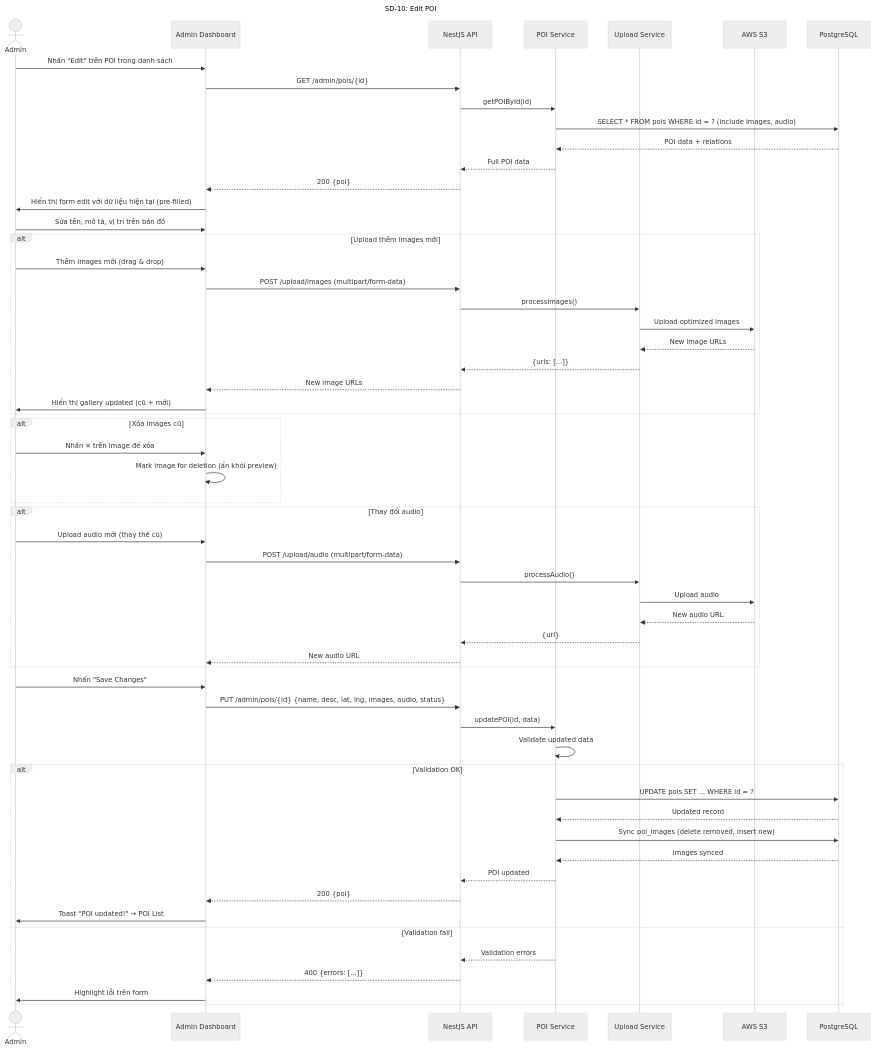
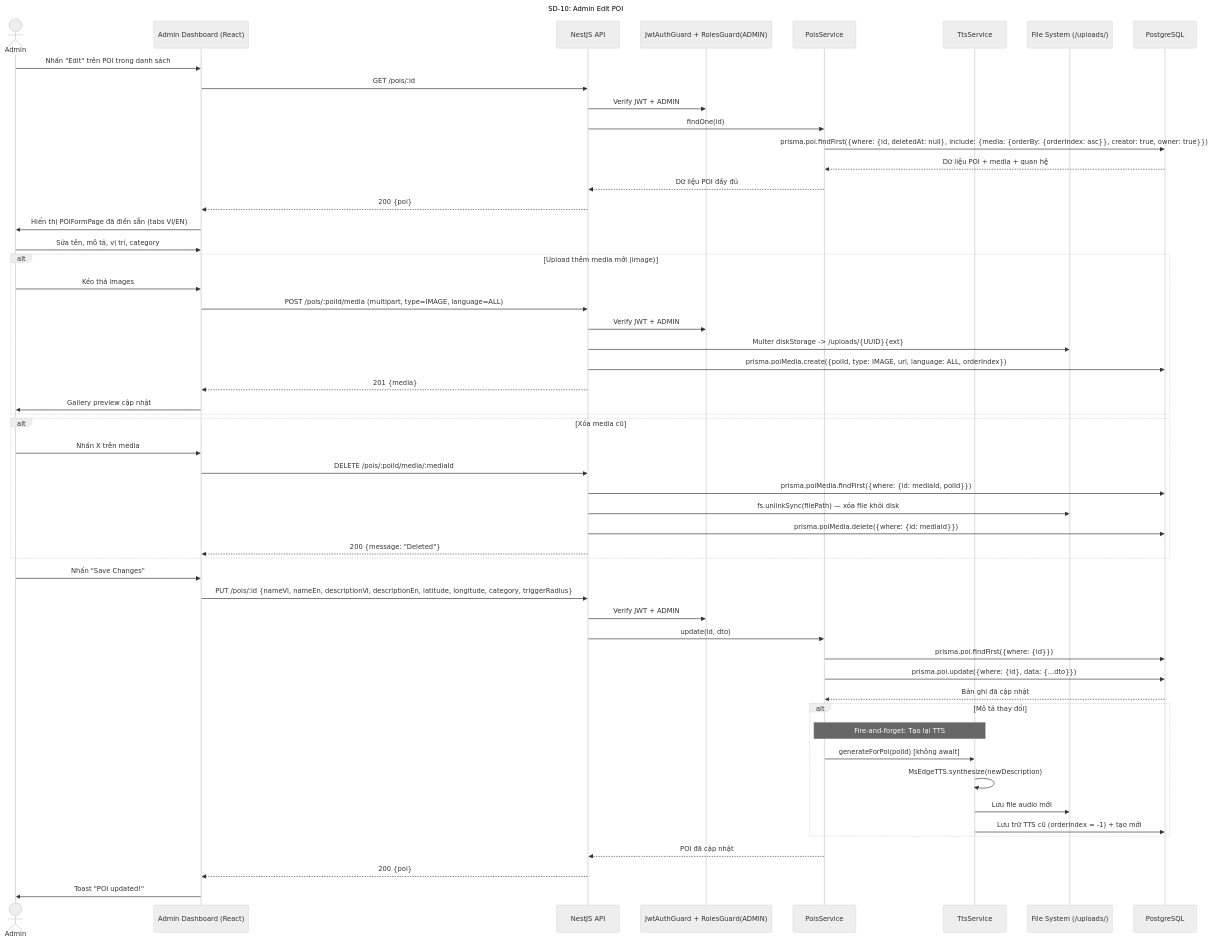
The tenth of 28 diagrams in docs/step3_prd/15_sequence_diagrams.md (Ttuandatt/Seminar), drawn with Mermaid (neutral theme) before and after one commit. The commit also changed other lines of this file and 19 other files, not shown here.

First line of the commit message:
feat(auth): implement forgot/reset password with Brevo email service

````diff
--- a/docs/step3_prd/15_sequence_diagrams.md
+++ b/docs/step3_prd/15_sequence_diagrams.md
@@ -501,67 +567,63 @@
 ```mermaid
 sequenceDiagram
-    title SD-10: Edit POI
+    title SD-10: Admin Edit POI
     actor Admin
-    participant UI as Admin Dashboard
+    participant UI as Admin Dashboard (React)
     participant API as NestJS API
-    participant POI as POI Service
-    participant Upload as Upload Service
-    participant S3 as AWS S3
+    participant Guard as JwtAuthGuard + RolesGuard(ADMIN)
+    participant POI as PoisService
+    participant TTS as TtsService
+    participant FS as File System (/uploads/)
     participant DB as PostgreSQL
 
     Admin->>UI: Nhấn "Edit" trên POI trong danh sách
-    UI->>API: GET /admin/pois/{id}
-    API->>POI: getPOIById(id)
-    POI->>DB: SELECT * FROM pois WHERE id = ? (include images, audio)
-    DB-->>POI: POI data + relations
-    POI-->>API: Full POI data
+    UI->>API: GET /pois/:id
+    API->>Guard: Verify JWT + ADMIN
+    API->>POI: findOne(id)
+    POI->>DB: prisma.poi.findFirst({where: {id, deletedAt: null}, include: {media: {orderBy: {orderIndex: asc}}, creator: true, owner: true}})
+    DB-->>POI: Dữ liệu POI + media + quan hệ
+    POI-->>API: Dữ liệu POI đầy đủ
     API-->>UI: 200 {poi}
-    UI->>Admin: Hiển thị form edit với dữ liệu hiện tại (pre-filled)
+    UI->>Admin: Hiển thị POIFormPage đã điền sẵn (tabs VI/EN)
 
-    Admin->>UI: Sửa tên, mô tả, vị trí trên bản đồ
-    
-    alt Upload thêm images mới
-        Admin->>UI: Thêm images mới (drag & drop)
-        UI->>API: POST /upload/images (multipart/form-data)
-        API->>Upload: processImages()
-        Upload->>S3: Upload optimized images
-        S3-->>Upload: New image URLs
-        Upload-->>API: {urls: [...]}
-        API-->>UI: New image URLs
-        UI->>Admin: Hiển thị gallery updated (cũ + mới)
+    Admin->>UI: Sửa tên, mô tả, vị trí, category
+
+    alt Upload thêm media mới (image)
+        Admin->>UI: Kéo thả images
+        UI->>API: POST /pois/:poiId/media (multipart, type=IMAGE, language=ALL)
+        API->>Guard: Verify JWT + ADMIN
+        API->>FS: Multer diskStorage -> /uploads/{UUID}{ext}
+        API->>DB: prisma.poiMedia.create({poiId, type: IMAGE, url, language: ALL, orderIndex})
+        API-->>UI: 201 {media}
+        UI->>Admin: Gallery preview cập nhật
     end
 
-    alt Xóa images cũ
-        Admin->>UI: Nhấn ✕ trên image để xóa
-        UI->>UI: Mark image for deletion (ẩn khỏi preview)
-    end
-
-    alt Thay đổi audio
-        Admin->>UI: Upload audio mới (thay thế cũ)
-        UI->>API: POST /upload/audio (multipart/form-data)
-        API->>Upload: processAudio()
-        Upload->>S3: Upload audio
-        S3-->>Upload: New audio URL
-        Upload-->>API: {url}
-        API-->>UI: New audio URL
+    alt Xóa media cũ
+        Admin->>UI: Nhấn X trên media
+        UI->>API: DELETE /pois/:poiId/media/:mediaId
+        API->>DB: prisma.poiMedia.findFirst({where: {id: mediaId, poiId}})
+        API->>FS: fs.unlinkSync(filePath) — xóa file khỏi disk
+        API->>DB: prisma.poiMedia.delete({where: {id: mediaId}})
+        API-->>UI: 200 {message: "Deleted"}
     end
 
     Admin->>UI: Nhấn "Save Changes"
-    UI->>API: PUT /admin/pois/{id} {name, desc, lat, lng, images, audio, status}
-    API->>POI: updatePOI(id, data)
-    POI->>POI: Validate updated data
-    
-    alt Validation OK
-        POI->>DB: UPDATE pois SET ... WHERE id = ?
-        DB-->>POI: Updated record
-        POI->>DB: Sync poi_images (delete removed, insert new)
-        DB-->>POI: Images synced
-        POI-->>API: POI updated
-        API-->>UI: 200 {poi}
-        UI->>Admin: Toast "POI updated!" → POI List
-    else Validation fail
-        POI-->>API: Validation errors
-        API-->>UI: 400 {errors: [...]}
-        UI->>Admin: Highlight lỗi trên form
+    UI->>API: PUT /pois/:id {nameVi, nameEn, descriptionVi, descriptionEn, latitude, longitude, category, triggerRadius}
+    API->>Guard: Verify JWT + ADMIN
+    API->>POI: update(id, dto)
+    POI->>DB: prisma.poi.findFirst({where: {id}})
+    POI->>DB: prisma.poi.update({where: {id}, data: {...dto}})
+    DB-->>POI: Bản ghi đã cập nhật
+
+    alt Mô tả thay đổi
+        Note over POI, TTS: Fire-and-forget: Tạo lại TTS
+        POI->>TTS: generateForPoi(poiId) [không await]
+        TTS->>TTS: MsEdgeTTS.synthesize(newDescription)
+        TTS->>FS: Lưu file audio mới
+        TTS->>DB: Lưu trữ TTS cũ (orderIndex = -1) + tạo mới
     end
+
+    POI-->>API: POI đã cập nhật
+    API-->>UI: 200 {poi}
+    UI->>Admin: Toast "POI updated!"
 ```
````
